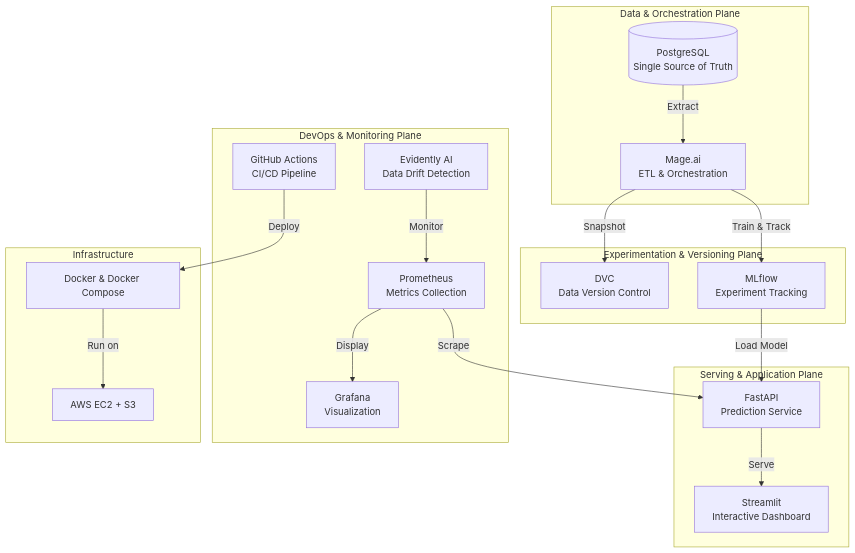
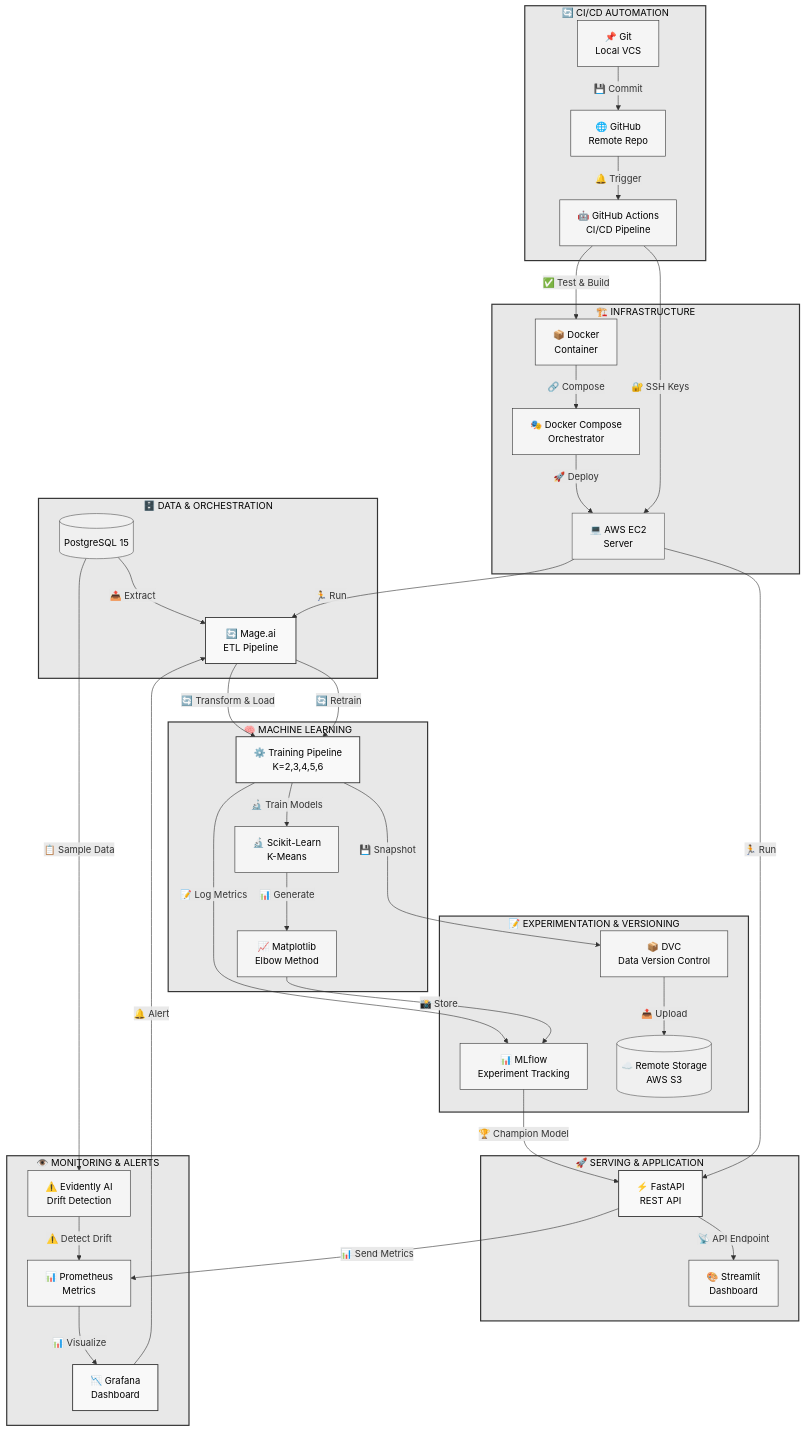
Before and after one commit to rynandasonduty/devmlops: the first of 2 diagrams in README.md, drawn with Mermaid.

````diff
--- a/README.md
+++ b/README.md
@@ -42,40 +42,94 @@
 ```mermaid
 graph TB
-    subgraph "Data & Orchestration Plane"
-        PG[("PostgreSQL<br/>Single Source of Truth")]
-        MAGE["Mage.ai<br/>ETL & Orchestration"]
+    subgraph Data["🗄️ DATA & ORCHESTRATION"]
+        PostgreSQL[("PostgreSQL 15")]
+        Mage["🔄 Mage.ai<br/>ETL Pipeline"]
     end
 
-    subgraph "Experimentation & Versioning Plane"
-        DVC["DVC<br/>Data Version Control"]
-        MLFLOW["MLflow<br/>Experiment Tracking"]
+    subgraph Experiment["📝 EXPERIMENTATION & VERSIONING"]
+        DVC["📦 DVC<br/>Data Version Control"]
+        MLflow["📊 MLflow<br/>Experiment Tracking"]
+        RemoteStorage[("☁️ Remote Storage<br/>AWS S3")]
     end
 
-    subgraph "Serving & Application Plane"
-        FASTAPI["FastAPI<br/>Prediction Service"]
-        STREAMLIT["Streamlit<br/>Interactive Dashboard"]
+    subgraph Training["🧠 MACHINE LEARNING"]
+        ScikitLearn["🔬 Scikit-Learn<br/>K-Means"]
+        Pipeline["⚙️ Training Pipeline<br/>K=2,3,4,5,6"]
+        Visualization["📈 Matplotlib<br/>Elbow Method"]
     end
 
-    subgraph "DevOps & Monitoring Plane"
-        GHA["GitHub Actions<br/>CI/CD Pipeline"]
-        PROM["Prometheus<br/>Metrics Collection"]
-        GRAFANA["Grafana<br/>Visualization"]
-        EVIDENTLY["Evidently AI<br/>Data Drift Detection"]
+    subgraph Serving["🚀 SERVING & APPLICATION"]
+        FastAPI["⚡ FastAPI<br/>REST API"]
+        Streamlit["🎨 Streamlit<br/>Dashboard"]
     end
 
-    subgraph "Infrastructure"
-        AWS["AWS EC2 + S3"]
-        DOCKER["Docker & Docker Compose"]
+    subgraph CI["🔄 CI/CD AUTOMATION"]
+        Git["📌 Git<br/>Local VCS"]
+        GitHub["🌐 GitHub<br/>Remote Repo"]
+        Actions["🤖 GitHub Actions<br/>CI/CD Pipeline"]
     end
 
-    PG -->|Extract| MAGE
-    MAGE -->|Snapshot| DVC
-    MAGE -->|Train & Track| MLFLOW
-    MLFLOW -->|Load Model| FASTAPI
-    FASTAPI -->|Serve| STREAMLIT
-    GHA -->|Deploy| DOCKER
-    DOCKER -->|Run on| AWS
-    PROM -->|Scrape| FASTAPI
-    PROM -->|Display| GRAFANA
-    EVIDENTLY -->|Monitor| PROM
+    subgraph Infrastructure["🏗️ INFRASTRUCTURE"]
+        Docker["📦 Docker<br/>Container"]
+        Compose["🎭 Docker Compose<br/>Orchestrator"]
+        EC2["💻 AWS EC2<br/>Server"]
+    end
+
+    subgraph Monitoring["👁️ MONITORING & ALERTS"]
+        Prometheus["📊 Prometheus<br/>Metrics"]
+        Grafana["📉 Grafana<br/>Dashboard"]
+        Evidently["⚠️ Evidently AI<br/>Drift Detection"]
+    end
+
+    %% DATA EXTRACTION & LOADING
+    PostgreSQL -->|📤 Extract| Mage
+    Mage -->|🔄 Transform & Load| Pipeline
+    
+    %% VERSIONING FLOW
+    Pipeline -->|💾 Snapshot| DVC
+    DVC -->|📤 Upload| RemoteStorage
+    
+    %% TRAINING & TRACKING
+    Pipeline -->|🔬 Train Models| ScikitLearn
+    ScikitLearn -->|📊 Generate| Visualization
+    Pipeline -->|📝 Log Metrics| MLflow
+    Visualization -->|📸 Store| MLflow
+    
+    %% MODEL SERVING
+    MLflow -->|🏆 Champion Model| FastAPI
+    FastAPI -->|📡 API Endpoint| Streamlit
+    
+    %% CI/CD PIPELINE
+    Git -->|💾 Commit| GitHub
+    GitHub -->|🔔 Trigger| Actions
+    Actions -->|✅ Test & Build| Docker
+    Docker -->|🔗 Compose| Compose
+    
+    %% DEPLOYMENT
+    Compose -->|🚀 Deploy| EC2
+    EC2 -->|🏃 Run| FastAPI
+    EC2 -->|🏃 Run| Mage
+    
+    %% MONITORING FEEDBACK
+    FastAPI -->|📊 Send Metrics| Prometheus
+    PostgreSQL -->|📋 Sample Data| Evidently
+    Evidently -->|⚠️ Detect Drift| Prometheus
+    Prometheus -->|📊 Visualize| Grafana
+    Grafana -->|🔔 Alert| Mage
+    Mage -->|🔄 Retrain| Pipeline
+    
+    %% SECURITY
+    Actions -->|🔐 SSH Keys| EC2
+    
+    %% Minimalist Styling
+    classDef minimal fill:#f5f5f5,stroke:#333,stroke-width:1px,color:#000
+    classDef header fill:#e8e8e8,stroke:#333,stroke-width:2px,color:#000
+    classDef process fill:#fafafa,stroke:#666,stroke-width:1px,color:#000
+    classDef data fill:#f0f0f0,stroke:#555,stroke-width:1px,color:#000
+    classDef highlight fill:#f9f9f9,stroke:#333,stroke-width:1.5px,color:#000
+    
+    class Data,Experiment,Training,Serving,CI,Infrastructure,Monitoring header
+    class PostgreSQL,RemoteStorage,EC2 data
+    class Pipeline,FastAPI,Mage,Grafana highlight
+    class DVC,MLflow,Docker,Compose,Actions,Git,GitHub,Prometheus,Evidently,ScikitLearn,Visualization,Streamlit minimal
 ```
````
